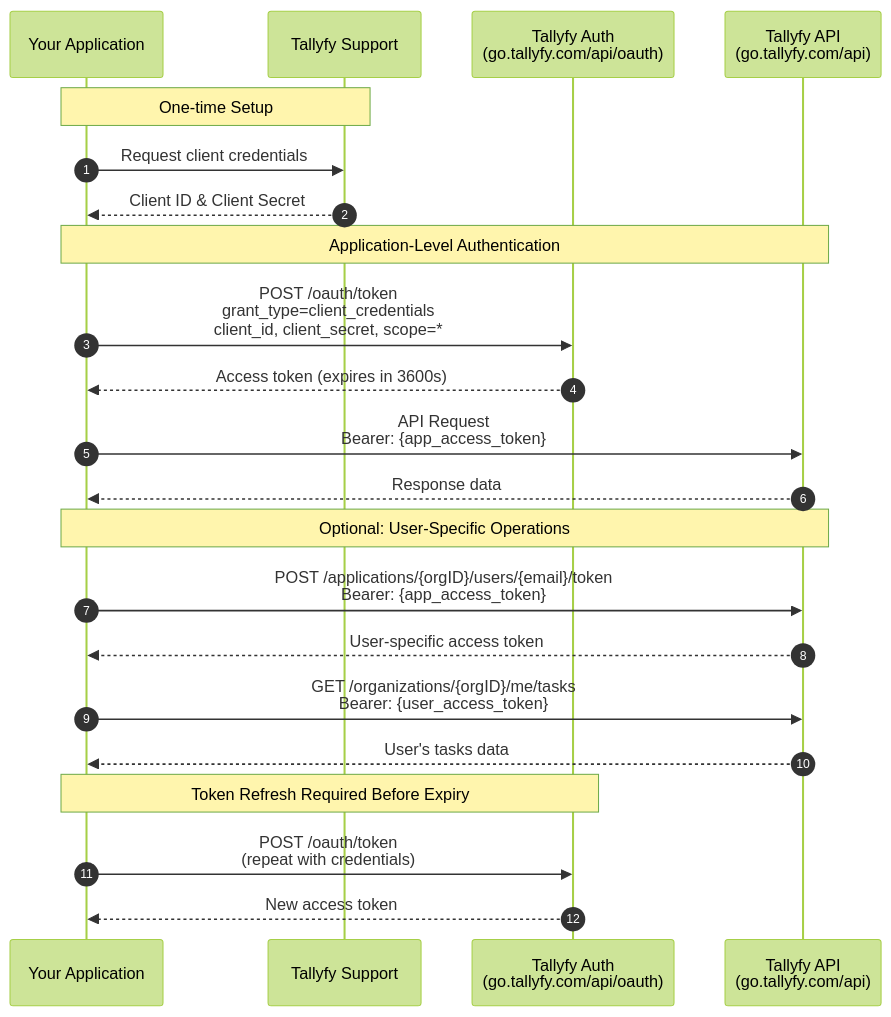
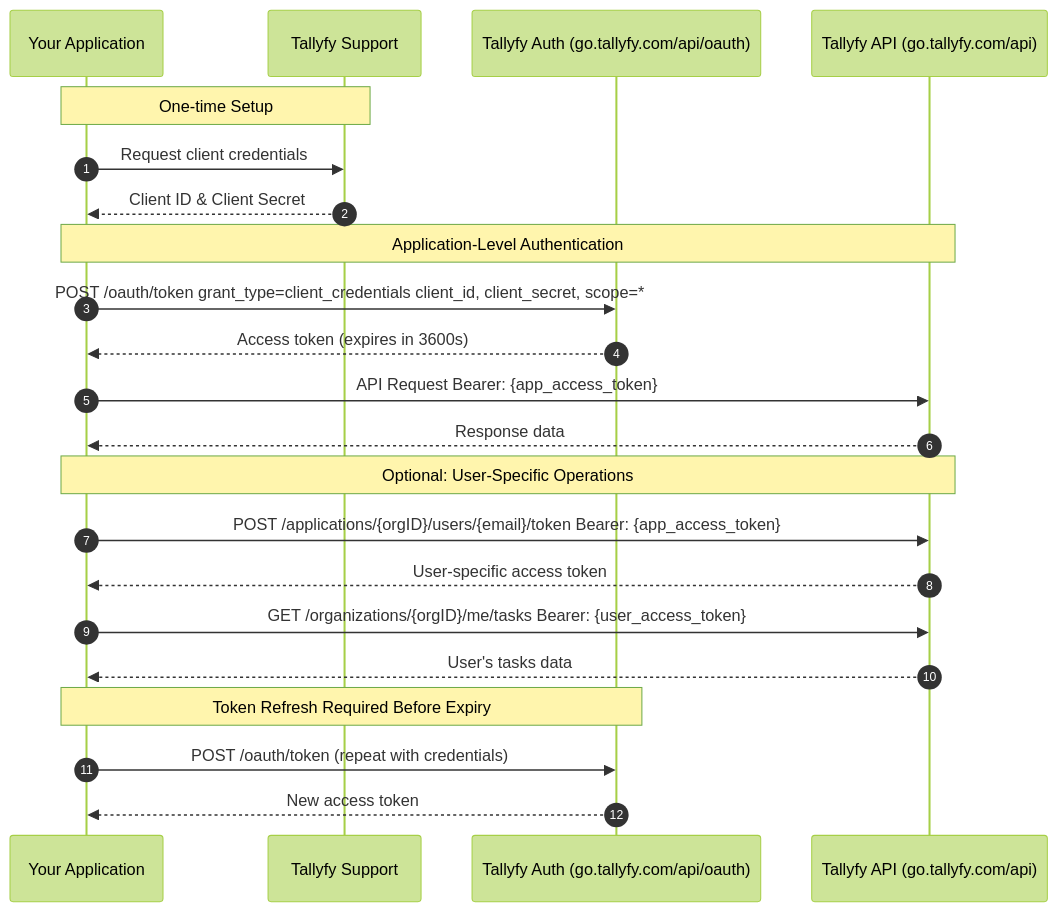
One commit to tallyfy/documentation changed the diagram in src/content/docs/pro/integrations/open-api/code-samples/authentication/client-credentials-flow.mdx. Above: the diagram before and after it, drawn with Mermaid. The commit also changed 46 other files, not shown here.

Commit message:
Update Mermaid notation

````diff
--- a/src/content/docs/pro/integrations/open-api/code-samples/authentication/client-credentials-flow.mdx
+++ b/src/content/docs/pro/integrations/open-api/code-samples/authentication/client-credentials-flow.mdx
@@ -28,31 +28,31 @@
 ```mermaid
 %%{init: {'theme':'forest'}}%%
 sequenceDiagram
-    autonumber
-    participant App as Your Application
-    participant Support as Tallyfy Support
-    participant Auth as Tallyfy Auth<br/>(go.tallyfy.com/api/oauth)
-    participant API as Tallyfy API<br/>(go.tallyfy.com/api)
-    
-    Note over App,Support: One-time Setup
-    App->>Support: Request client credentials
-    Support-->>App: Client ID & Client Secret
-    
-    Note over App,API: Application-Level Authentication
-    App->>Auth: POST /oauth/token<br/>grant_type=client_credentials<br/>client_id, client_secret, scope=*
-    Auth-->>App: Access token (expires in 3600s)
-    
-    App->>API: API Request<br/>Bearer: {app_access_token}
-    API-->>App: Response data
-    
-    Note over App,API: Optional: User-Specific Operations
-    App->>API: POST /applications/{orgID}/users/{email}/token<br/>Bearer: {app_access_token}
-    API-->>App: User-specific access token
-    
-    App->>API: GET /organizations/{orgID}/me/tasks<br/>Bearer: {user_access_token}
-    API-->>App: User's tasks data
-    
-    Note over App,Auth: Token Refresh Required Before Expiry
-    App->>Auth: POST /oauth/token<br/>(repeat with credentials)
-    Auth-->>App: New access token
+ autonumber
+ participant App as Your Application
+ participant Support as Tallyfy Support
+ participant Auth as Tallyfy Auth (go.tallyfy.com/api/oauth)
+ participant API as Tallyfy API (go.tallyfy.com/api)
+ 
+ Note over App,Support: One-time Setup
+ App->>Support: Request client credentials
+ Support-->>App: Client ID & Client Secret
+ 
+ Note over App,API: Application-Level Authentication
+ App->>Auth: POST /oauth/token grant_type=client_credentials client_id, client_secret, scope=*
+ Auth-->>App: Access token (expires in 3600s)
+ 
+ App->>API: API Request Bearer: {app_access_token}
+ API-->>App: Response data
+ 
+ Note over App,API: Optional: User-Specific Operations
+ App->>API: POST /applications/{orgID}/users/{email}/token Bearer: {app_access_token}
+ API-->>App: User-specific access token
+ 
+ App->>API: GET /organizations/{orgID}/me/tasks Bearer: {user_access_token}
+ API-->>App: User's tasks data
+ 
+ Note over App,Auth: Token Refresh Required Before Expiry
+ App->>Auth: POST /oauth/token (repeat with credentials)
+ Auth-->>App: New access token
 ```
````
